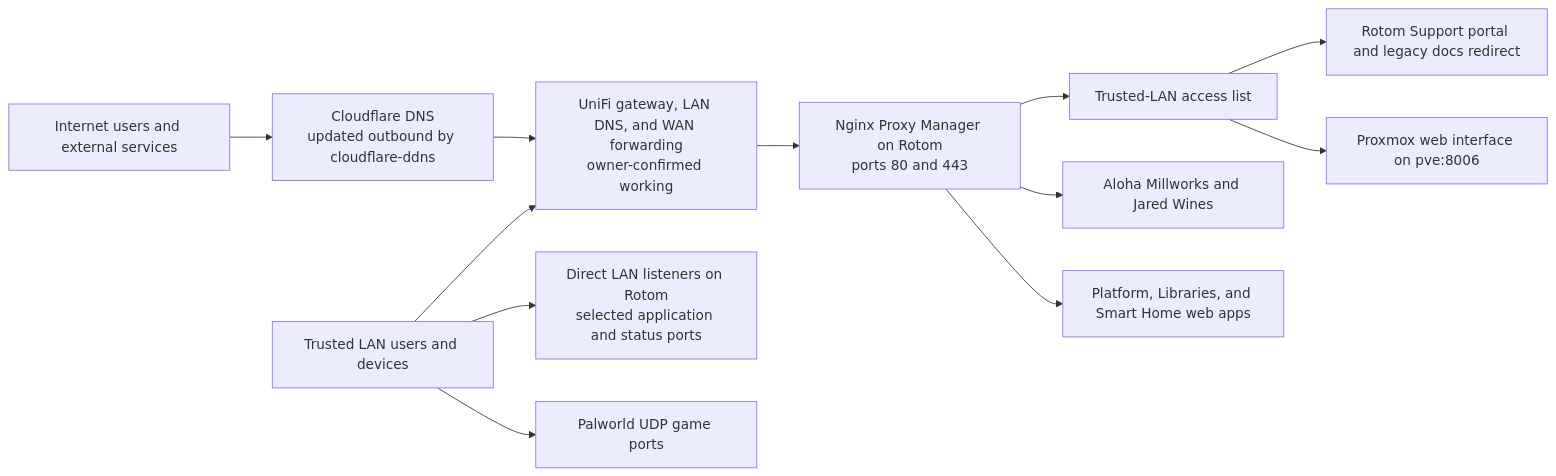
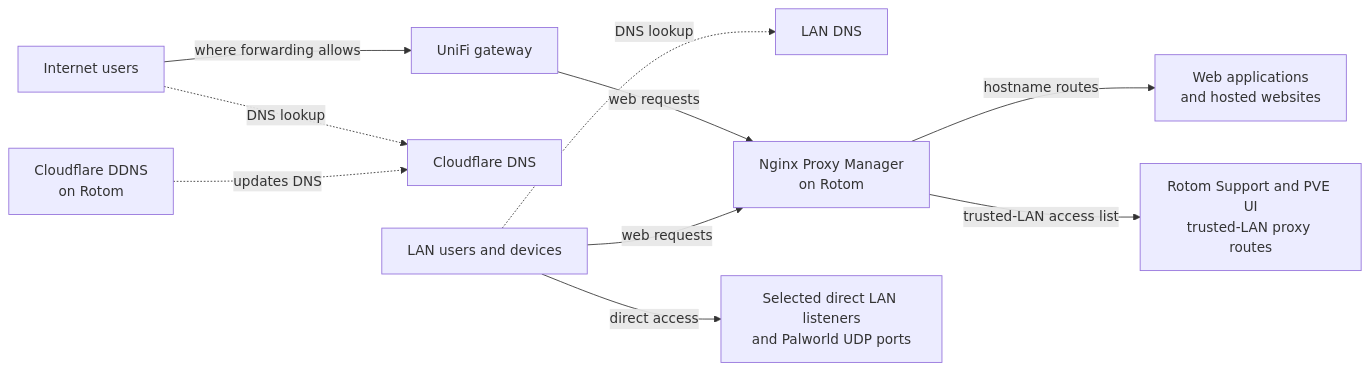
The first of 2 diagrams in architecture/Rotom-Architecture-System.md (jaredwines/rotom-support), drawn with Mermaid before and after one commit. The commit also changed other lines of this file and 1 other file, not shown here.

Commit message:
Improve architecture system overview

````diff
--- a/architecture/Rotom-Architecture-System.md
+++ b/architecture/Rotom-Architecture-System.md
@@ -54,27 +64,22 @@
 ```mermaid
 flowchart LR
-    LAN["Trusted LAN users and devices"]
-    Internet["Internet users and external services"]
-    Router["UniFi gateway, LAN DNS, and WAN forwarding<br/>owner-confirmed working"]
-    Cloudflare["Cloudflare DNS<br/>updated outbound by cloudflare-ddns"]
-    NPM["Nginx Proxy Manager on Rotom<br/>ports 80 and 443"]
-    ACL["Trusted-LAN access list"]
-    Direct["Direct LAN listeners on Rotom<br/>selected application and status ports"]
-    PublicSites["Aloha Millworks and Jared Wines"]
-    Apps["Platform, Libraries, and Smart Home web apps"]
-    Support["Rotom Support portal and legacy docs redirect"]
-    PVE["Proxmox web interface on pve:8006"]
-    Game["Palworld UDP game ports"]
-
-    LAN --> Router
-    Internet --> Cloudflare
-    Cloudflare --> Router
-    Router --> NPM
-    LAN --> Direct
-    LAN --> Game
-    NPM --> PublicSites
-    NPM --> Apps
-    NPM --> ACL
-    ACL --> Support
-    ACL --> PVE
+    LAN["LAN users and devices"]
+    PUBLIC["Internet users"]
+    DNS["Cloudflare DNS"]
+    LOCALDNS["LAN DNS"]
+    GATEWAY["UniFi gateway"]
+    NPM["Nginx Proxy Manager<br/>on Rotom"]
+    WEB["Web applications<br/>and hosted websites"]
+    PRIVATE["Rotom Support and PVE UI<br/>trusted-LAN proxy routes"]
+    DIRECT["Selected direct LAN listeners<br/>and Palworld UDP ports"]
+    DDNS["Cloudflare DDNS<br/>on Rotom"]
+    PUBLIC -. "DNS lookup" .-> DNS
+    LAN -. "DNS lookup" .-> LOCALDNS
+    DDNS -. "updates DNS" .-> DNS
+    PUBLIC -->|"where forwarding allows"| GATEWAY
+    GATEWAY -->|"web requests"| NPM
+    LAN -->|"web requests"| NPM
+    LAN -->|"direct access"| DIRECT
+    NPM -->|"hostname routes"| WEB
+    NPM -->|"trusted-LAN access list"| PRIVATE
 ```
````
